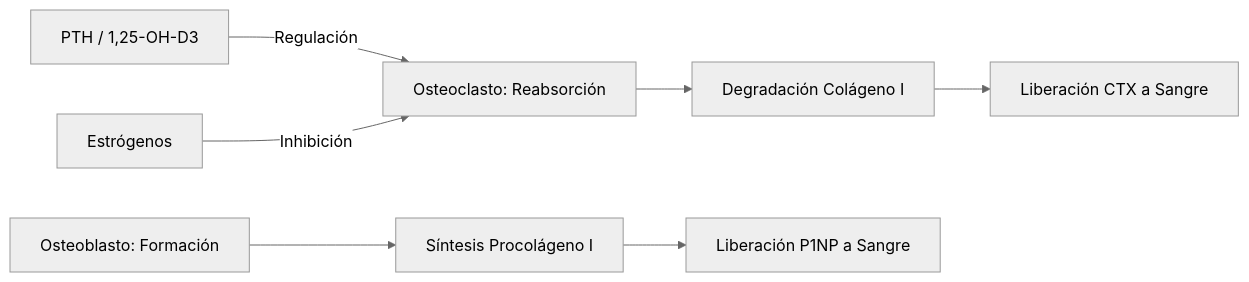
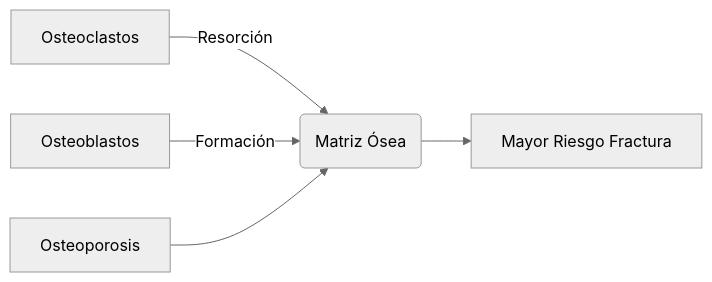
One commit to rausejop/TSLCB changed the diagram in Act_TSLCB_2026/Semana_02_Hormonas/03_Marcadores_Osteoporosis.md. Above: the diagram before and after it, drawn with Mermaid (neutral theme). The commit also changed other lines of this file and 3 other files, not shown here.

````diff
--- a/Act_TSLCB_2026/Semana_02_Hormonas/03_Marcadores_Osteoporosis.md
+++ b/Act_TSLCB_2026/Semana_02_Hormonas/03_Marcadores_Osteoporosis.md
@@ -24,9 +19,7 @@
 ```mermaid
 graph LR
-    A[Osteoclasto: Reabsorción] --> B[Degradación Colágeno I]
-    B --> C[Liberación CTX a Sangre]
-    D[Osteoblasto: Formación] --> E[Síntesis Procolágeno I]
-    E --> F[Liberación P1NP a Sangre]
-    G[PTH / 1,25-OH-D3] -->|Regulación| A
-    H[Estrógenos] -->|Inhibición| A
+    A[Osteoclastos] -->|Resorción| B(Matriz Ósea)
+    C[Osteoblastos] -->|Formación| B
+    D[Osteoporosis] --> B
+    B --> E[Mayor Riesgo Fractura]
 ```
````
